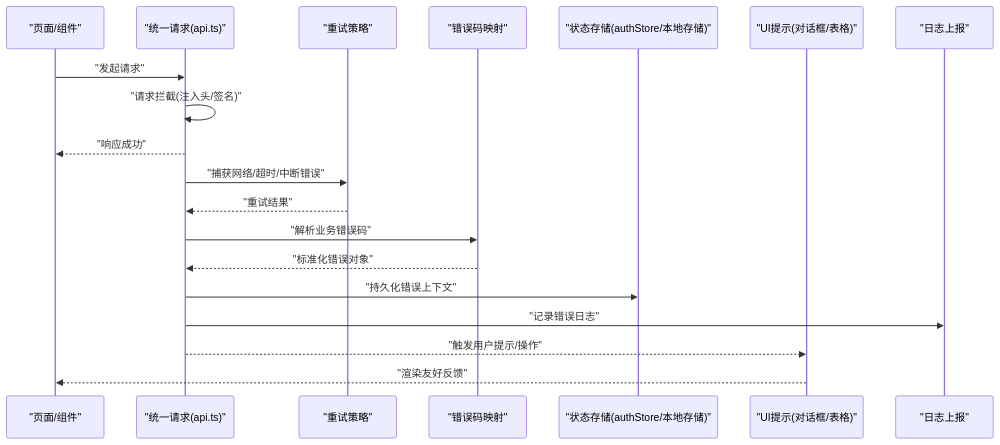
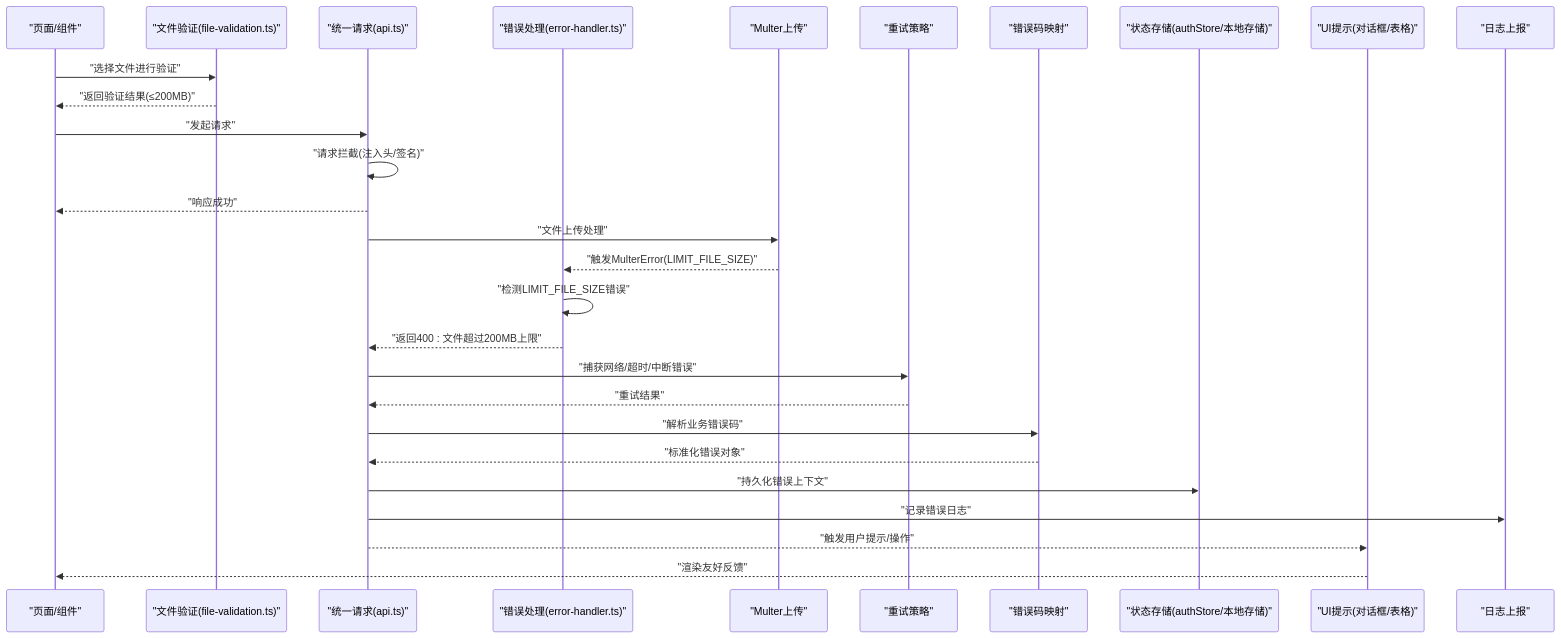
Before and after one commit to Damao997/newproject: the second of 7 diagrams in .qoder/repowiki/zh/content/API集成层/错误处理机制.md, drawn with Mermaid. The commit also changed other lines of this file and 24 other files, not shown here.

````diff
--- a/.qoder/repowiki/zh/content/API集成层/错误处理机制.md
+++ b/.qoder/repowiki/zh/content/API集成层/错误处理机制.md
@@ -129,21 +163,30 @@
 ```mermaid
 sequenceDiagram
 participant Page as "页面/组件"
+participant FileValidation as "文件验证(file-validation.ts)"
 participant API as "统一请求(api.ts)"
+participant ErrorHandler as "错误处理(error-handler.ts)"
+participant Multer as "Multer上传"
 participant Retry as "重试策略"
 participant Map as "错误码映射"
 participant Store as "状态存储(authStore/本地存储)"
 participant UI as "UI提示(对话框/表格)"
 participant Logger as "日志上报"
+Page->>FileValidation : "选择文件进行验证"
+FileValidation-->>Page : "返回验证结果(≤200MB)"
 Page->>API : "发起请求"
 API->>API : "请求拦截(注入头/签名)"
 API-->>Page : "响应成功"
+API->>Multer : "文件上传处理"
+Multer-->>ErrorHandler : "触发MulterError(LIMIT_FILE_SIZE)"
+ErrorHandler->>ErrorHandler : "检测LIMIT_FILE_SIZE错误"
+ErrorHandler-->>API : "返回400 : 文件超过200MB上限"
 API->>Retry : "捕获网络/超时/中断错误"
 Retry-->>API : "重试结果"
 API->>Map : "解析业务错误码"
 Map-->>API : "标准化错误对象"
 API->>Store : "持久化错误上下文"
 API->>Logger : "记录错误日志"
 API-->>UI : "触发用户提示/操作"
 UI-->>Page : "渲染友好反馈"
 ```
````
